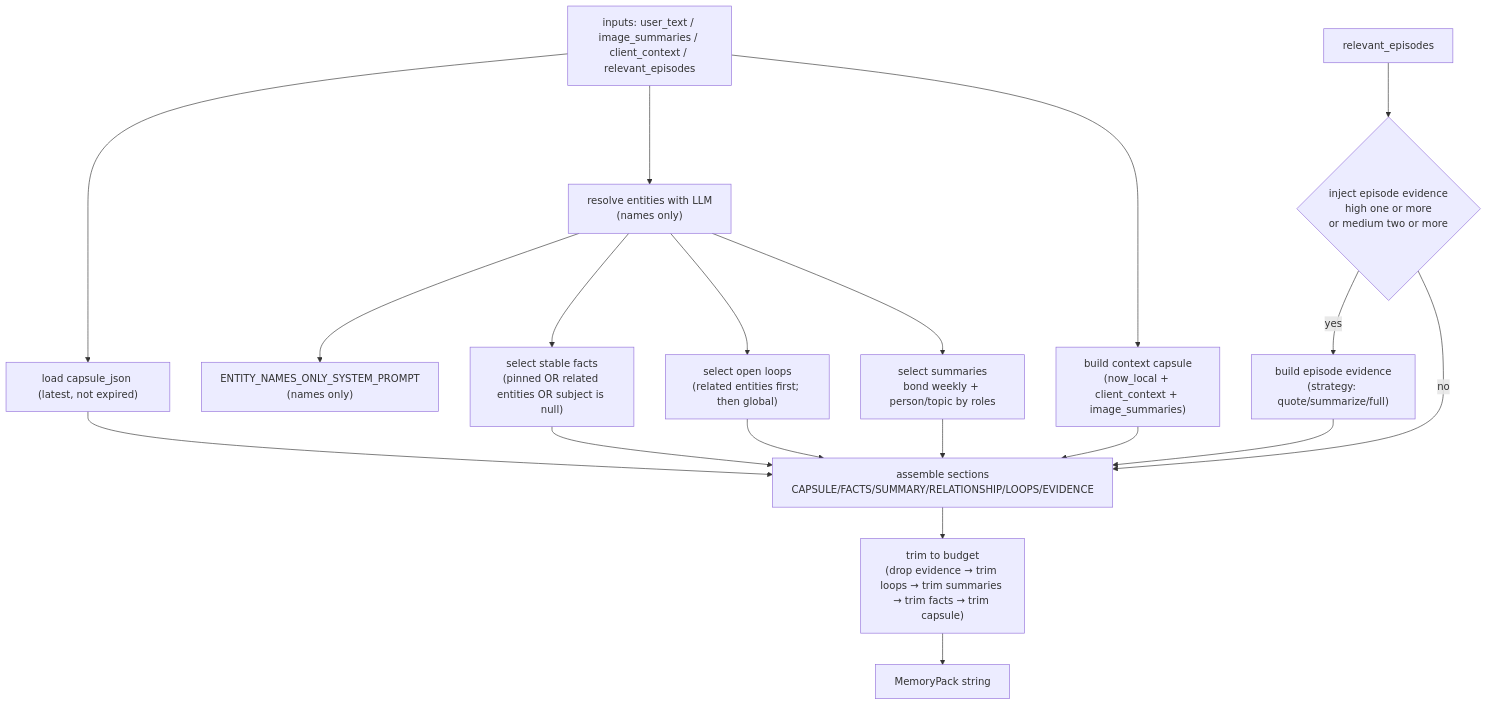
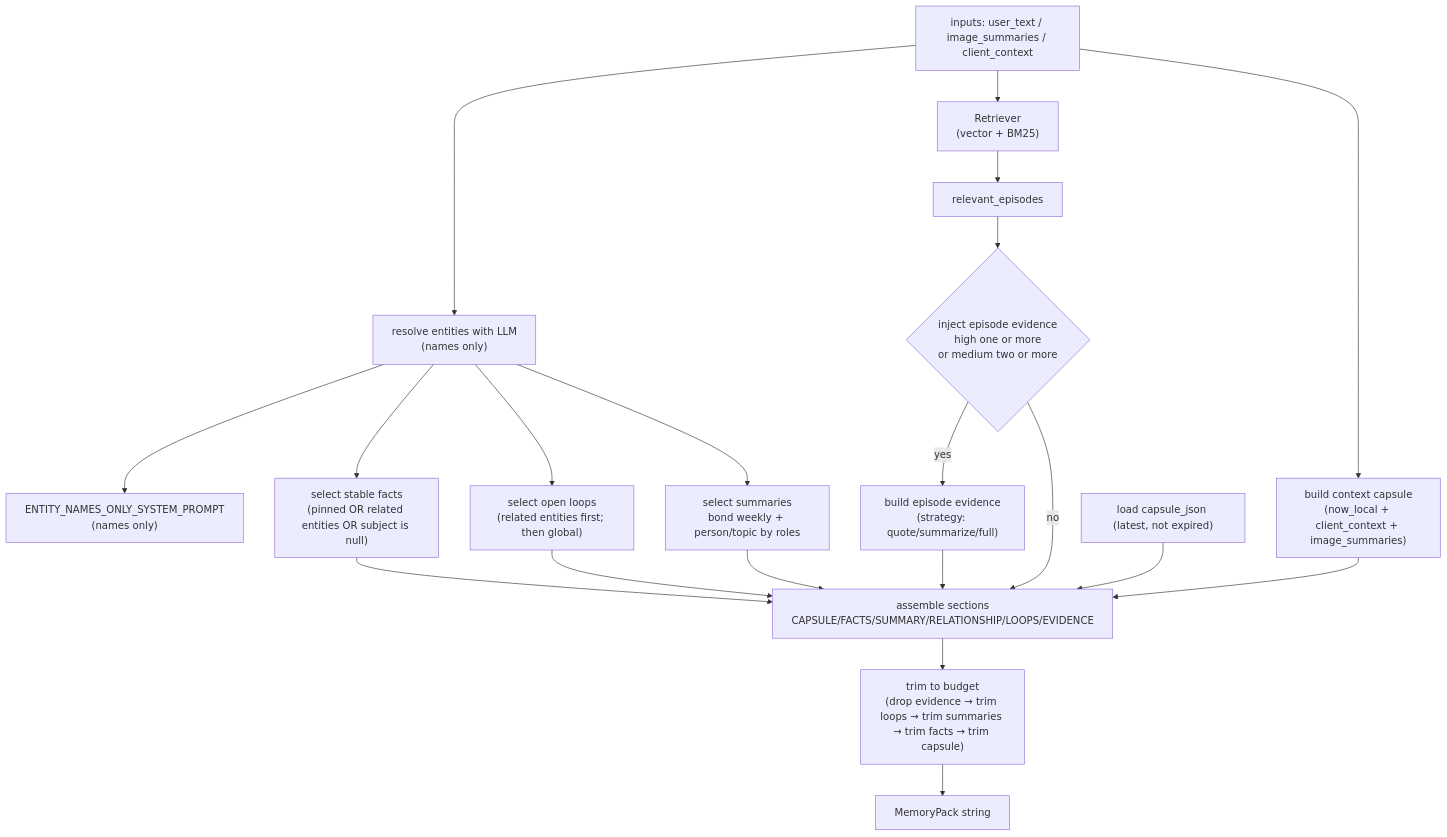
The second of 4 diagrams in docs/prompt_usage_map.md (hirona98/cocoro_ghost), drawn with Mermaid before and after one commit. The commit also changed other lines of this file and 5 other files, not shown here.

````diff
--- a/docs/prompt_usage_map.md
+++ b/docs/prompt_usage_map.md
@@ -91,21 +90,22 @@
 ```mermaid
 flowchart TD
-  IN["inputs: user_text / image_summaries / client_context / relevant_episodes"] --> CAPDB["load capsule_json (latest, not expired)"]
-  IN --> ENT["resolve entities with LLM\n(names only)"]
+  IN["inputs: user_text / image_summaries / client_context"] --> ENT["resolve entities with LLM\n(names only)"]
   ENT --> ENTFB["ENTITY_NAMES_ONLY_SYSTEM_PROMPT\n(names only)"]
+  IN --> RET["Retriever\n(vector + BM25)"]
+  RET --> REL["relevant_episodes"]
   ENT --> FACTS["select stable facts\n(pinned OR related entities OR subject is null)"]
   ENT --> LOOPS["select open loops\n(related entities first; then global)"]
   ENT --> SUM["select summaries\nbond weekly + person/topic by roles"]
   IN --> CC["build context capsule\n(now_local + client_context + image_summaries)"]
-  REL["relevant_episodes"] --> DEC{"inject episode evidence\nhigh one or more\nor medium two or more"}
+  REL --> DEC{"inject episode evidence\nhigh one or more\nor medium two or more"}
   DEC -->|yes| EVI["build episode evidence\n(strategy: quote/summarize/full)"]
   DEC -->|no| ASM
-  CAPDB --> ASM["assemble sections\nCAPSULE/FACTS/SUMMARY/RELATIONSHIP/LOOPS/EVIDENCE"]
+  CAPDB["load capsule_json (latest, not expired)"] --> ASM["assemble sections\nCAPSULE/FACTS/SUMMARY/RELATIONSHIP/LOOPS/EVIDENCE"]
   FACTS --> ASM
   LOOPS --> ASM
   SUM --> ASM
   CC --> ASM
   EVI --> ASM
   ASM --> TRIM["trim to budget\n(drop evidence → trim loops → trim summaries → trim facts → trim capsule)"]
   TRIM --> OUT["MemoryPack string"]
 ```
````
